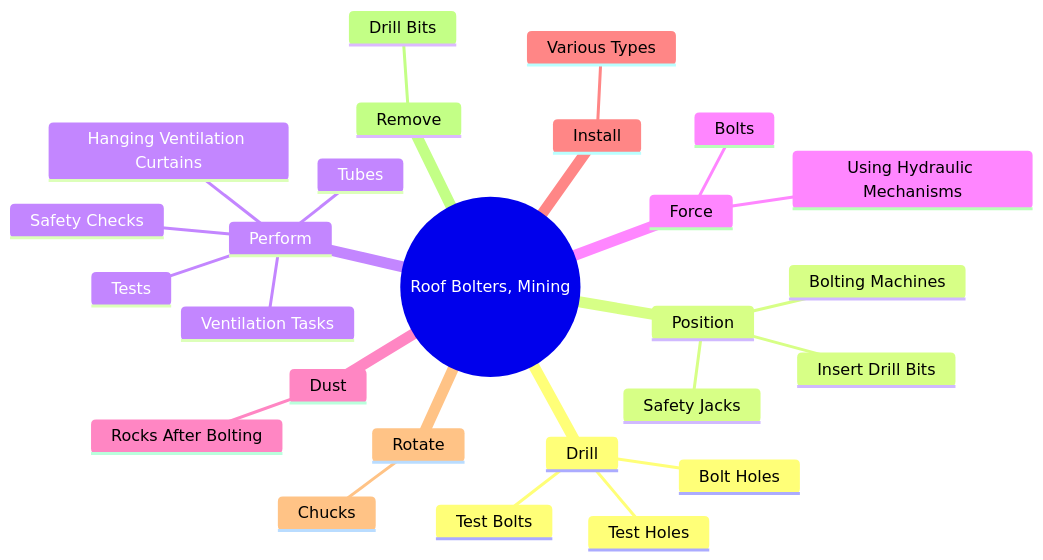
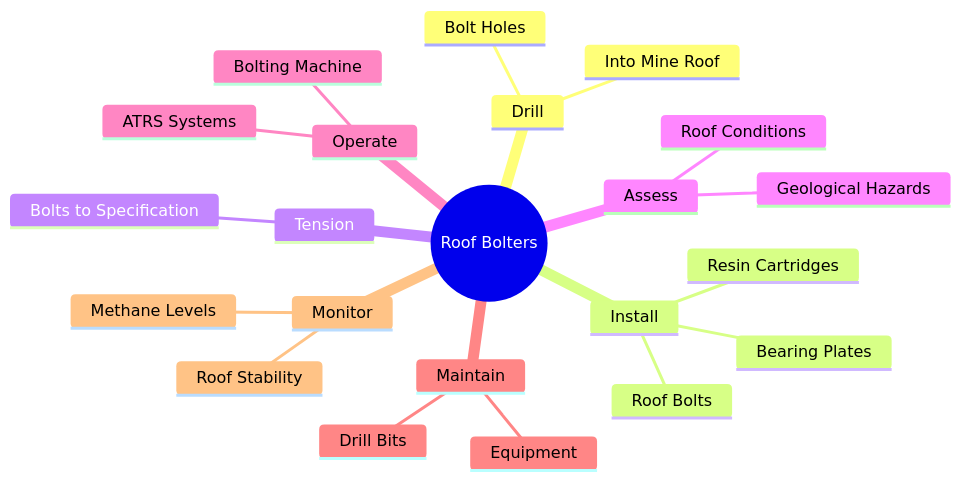
Before and after one commit to kziemski/business.org.ai: the second of 4 diagrams in occupations/Construction/RoofBoltersMining.mdx, drawn with Mermaid. The commit also changed other lines of this file and 938 other files, not shown here.

````diff
--- a/occupations/Construction/RoofBoltersMining.mdx
+++ b/occupations/Construction/RoofBoltersMining.mdx
@@ -37,29 +47,25 @@
 ```mermaid
 mindmap
-    root(("Roof Bolters, Mining"))
+    root(("Roof Bolters"))
         Drill
             Bolt Holes
-            Test Holes
-            Test Bolts
-        Position
-            Bolting Machines
-            Insert Drill Bits
-            Safety Jacks
-        Perform
-            Safety Checks
-            Tests
-            Ventilation Tasks
-            Hanging Ventilation Curtains
-            Tubes
-        Force
-            Bolts
-            Using Hydraulic Mechanisms
-        Dust
-            Rocks After Bolting
+            Into Mine Roof
         Install
-            Various Types
-        Rotate
-            Chucks
-        Remove
+            Roof Bolts
+            Bearing Plates
+            Resin Cartridges
+        Tension
+            Bolts to Specification
+        Assess
+            Roof Conditions
+            Geological Hazards
+        Operate
+            Bolting Machine
+            ATRS Systems
+        Maintain
+            Equipment
             Drill Bits
+        Monitor
+            Roof Stability
+            Methane Levels
 ```
````
